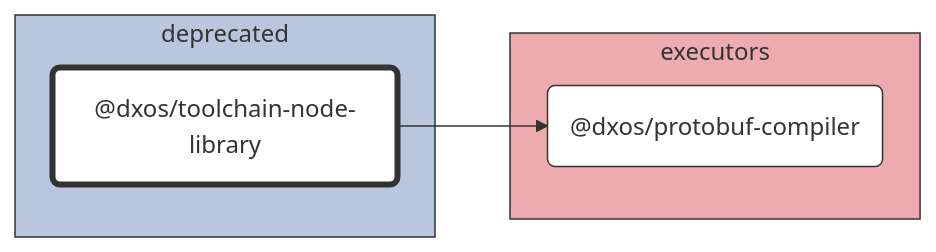
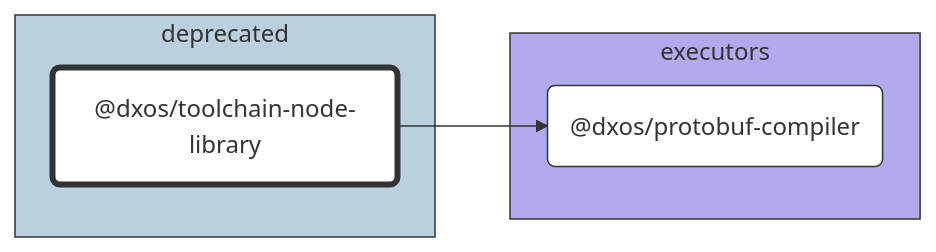
The diagram in tools/deprecated/toolchain-node-library/docs/README.md (dxos/dxos), drawn with Mermaid before and after one commit. The commit also changed 86 other files, not shown here.

````diff
--- a/tools/deprecated/toolchain-node-library/docs/README.md
+++ b/tools/deprecated/toolchain-node-library/docs/README.md
@@ -7,27 +7,27 @@
 ```mermaid
 %%{ init: {'flowchart':{'curve':'basis'}} }%%
 
 flowchart LR
 
 %% Classes
 classDef def fill:#fff,stroke:#333,stroke-width:1px
 classDef root fill:#fff,stroke:#333,stroke-width:4px
 
 %% Nodes
 
 subgraph deprecated [deprecated]
-  style deprecated fill:#bac5de,stroke:#333
+  style deprecated fill:#bad0de,stroke:#333
   dxos/toolchain-node-library("@dxos/toolchain-node-library"):::root
   click dxos/toolchain-node-library "dxos/dxos/tree/main/tools/deprecated/toolchain-node-library/docs"
 end
 
 subgraph executors [executors]
-  style executors fill:#edabb0,stroke:#333
+  style executors fill:#b1abed,stroke:#333
   dxos/protobuf-compiler("@dxos/protobuf-compiler"):::def
   click dxos/protobuf-compiler "dxos/dxos/tree/main/tools/executors/protobuf-compiler/docs"
 end
 
 %% Links
 linkStyle default stroke:#333,stroke-width:1px
 dxos/toolchain-node-library --> dxos/protobuf-compiler
 ```
````
